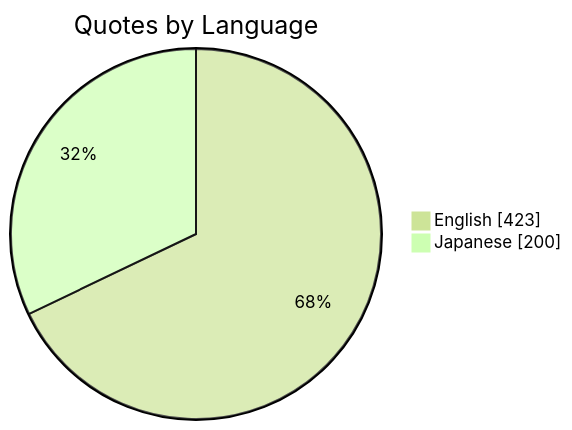
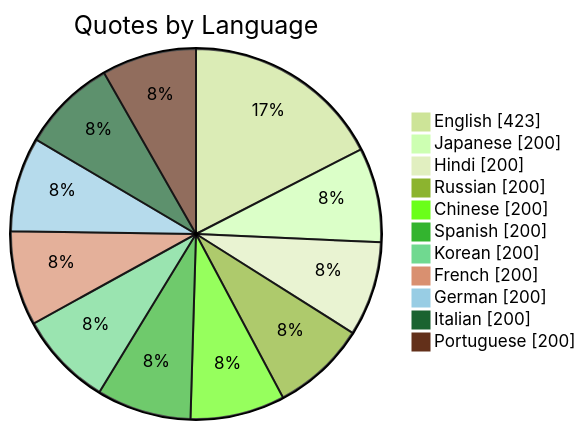
Before and after one commit to AniQuotes/Statistics: the second of 2 diagrams in README.md, drawn with Mermaid (forest theme).

````diff
--- a/README.md
+++ b/README.md
@@ -28,6 +28,15 @@
 ```mermaid
 pie showData
     title Quotes by Language
     "English" : 423
     "Japanese" : 200
+    "Hindi" : 200
+    "Russian" : 200
+    "Chinese" : 200
+    "Spanish" : 200
+    "Korean" : 200
+    "French" : 200
+    "German" : 200
+    "Italian" : 200
+    "Portuguese" : 200
 ```
````
